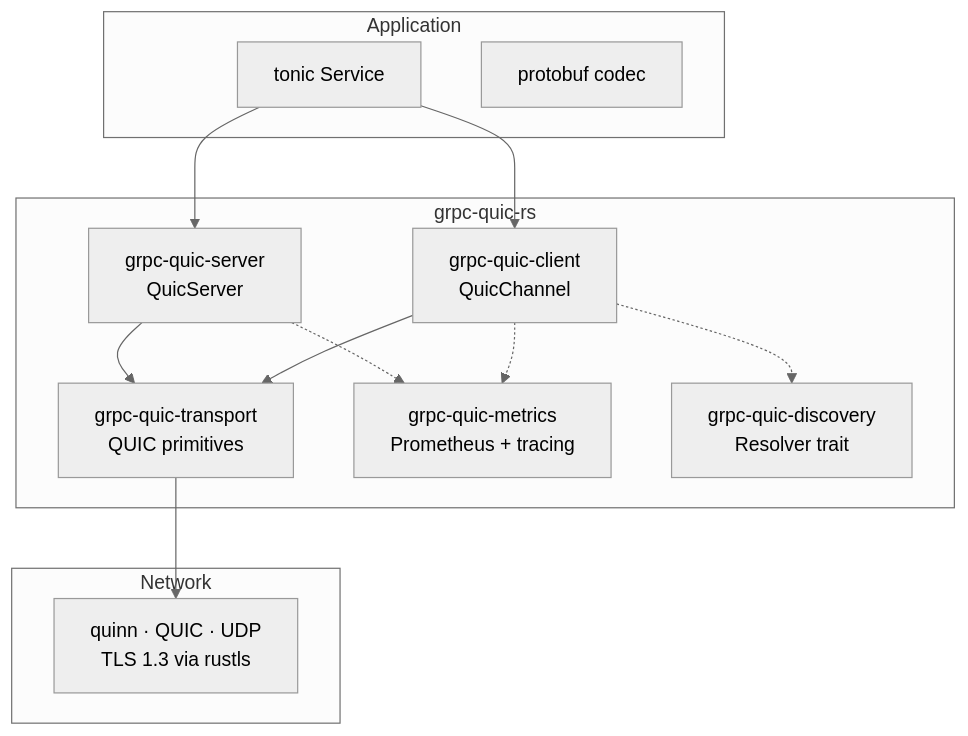
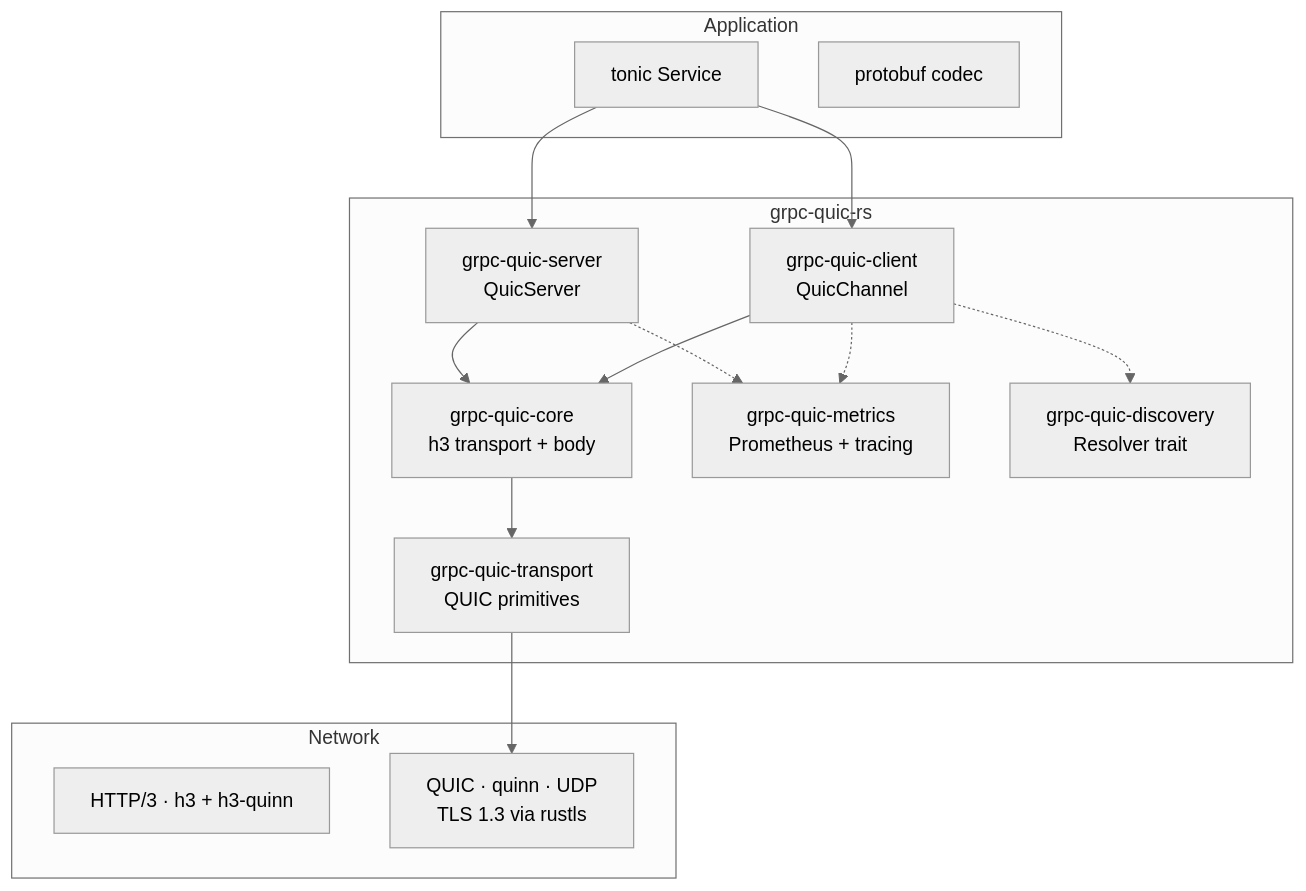
The diagram in README.md (taranvd/grpc-quic-rs), drawn with Mermaid (neutral theme) before and after one commit. The commit also changed other lines of this file and 6 other files, not shown here.

````diff
--- a/README.md
+++ b/README.md
@@ -33,28 +33,31 @@
 ```mermaid
 flowchart TB
     subgraph Application
         S[tonic Service]
         P[protobuf codec]
     end
 
     subgraph grpc-quic-rs
         C[grpc-quic-client<br/>QuicChannel]
         V[grpc-quic-server<br/>QuicServer]
+        K[grpc-quic-core<br/>h3 transport + body]
         T[grpc-quic-transport<br/>QUIC primitives]
         M[grpc-quic-metrics<br/>Prometheus + tracing]
         D[grpc-quic-discovery<br/>Resolver trait]
     end
 
     subgraph Network
-        Q[quinn · QUIC · UDP<br/>TLS 1.3 via rustls]
+        H[HTTP/3 · h3 + h3-quinn]
+        Q[QUIC · quinn · UDP<br/>TLS 1.3 via rustls]
     end
 
     S --> C
     S --> V
-    C --> T
-    V --> T
+    C --> K
+    V --> K
+    K --> T
     T --> Q
     C -.-> M
     V -.-> M
     C -.-> D
 ```
````
